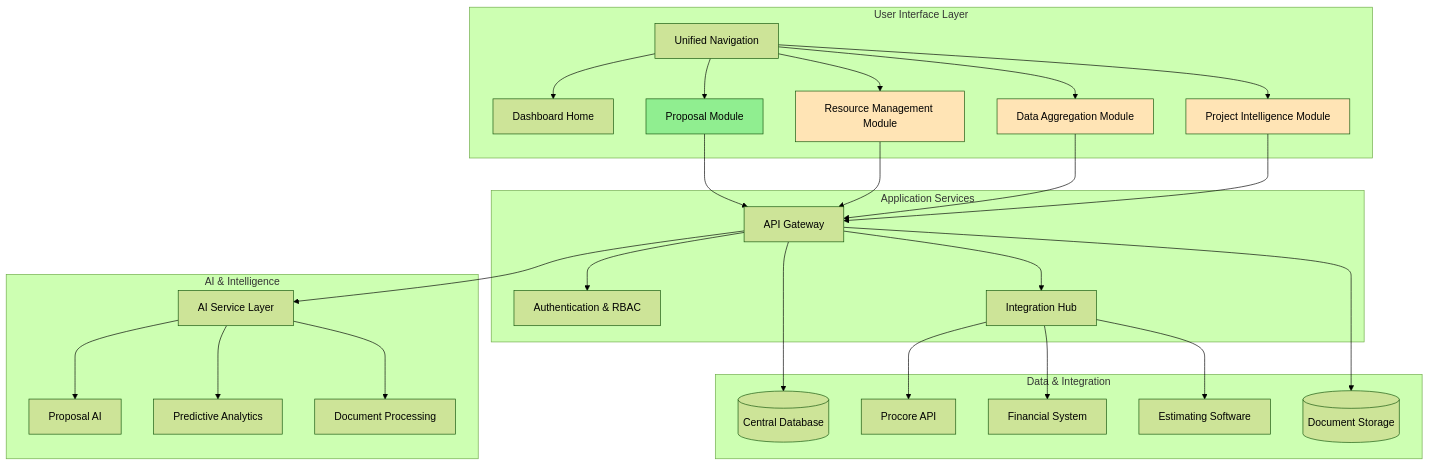
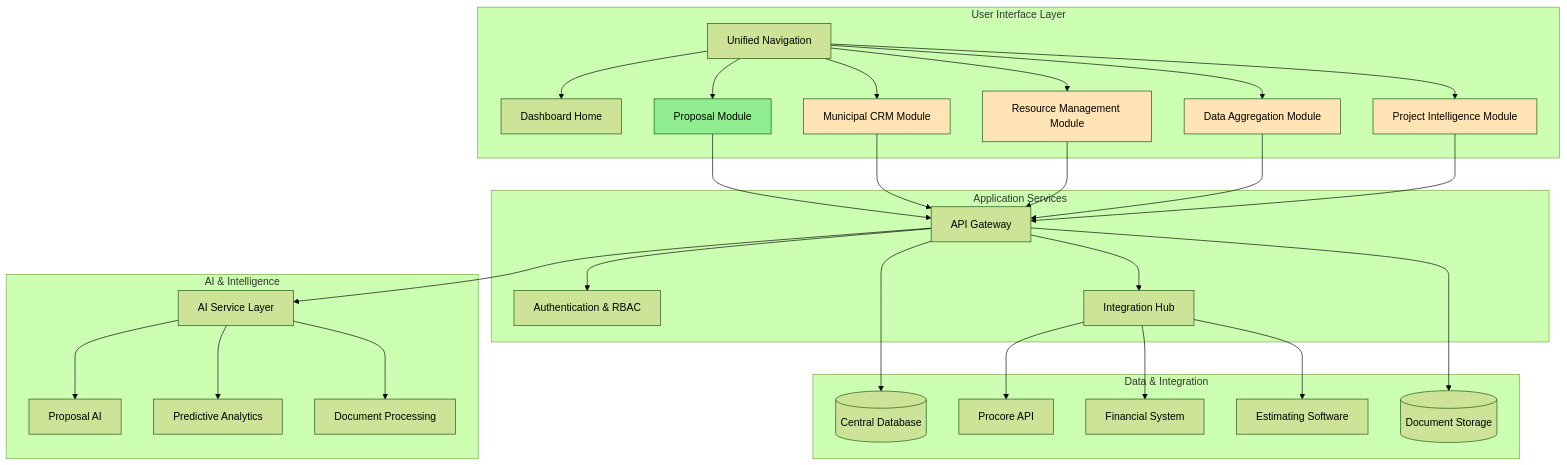
One commit to elikiedrowski/ECI_Site_Construction changed the second of 25 diagrams in POC-Implementation-Plan.md. Above: the diagram before and after it, drawn with Mermaid (forest theme). The commit also changed other lines of this file, not shown here.

Commit message:
Add Municipal CRM module to platform vision per Ted's email requirement

````diff
--- a/POC-Implementation-Plan.md
+++ b/POC-Implementation-Plan.md
@@ -125,66 +143,70 @@
 ```mermaid
 graph TB
     subgraph "User Interface Layer"
         Nav[Unified Navigation]
         Dashboard[Dashboard Home]
         Proposals[Proposal Module]
+        CRM[Municipal CRM Module]
         Resources[Resource Management Module]
         DataAgg[Data Aggregation Module]
         Analytics[Project Intelligence Module]
     end
     
     subgraph "Application Services"
         API[API Gateway]
         Auth[Authentication & RBAC]
         Integration[Integration Hub]
     end
     
     subgraph "AI & Intelligence"
         AIEngine[AI Service Layer]
         ProposalAI[Proposal AI]
         PredictiveAI[Predictive Analytics]
         NLP[Document Processing]
     end
     
     subgraph "Data & Integration"
         MainDB[(Central Database)]
         Procore[Procore API]
         Financial[Financial System]
         Estimating[Estimating Software]
         DocStore[(Document Storage)]
     end
     
     Nav --> Dashboard
     Nav --> Proposals
+    Nav --> CRM
     Nav --> Resources
     Nav --> DataAgg
     Nav --> Analytics
     
     Proposals --> API
+    CRM --> API
     Resources --> API
     DataAgg --> API
     Analytics --> API
     
     API --> Auth
     API --> Integration
     API --> AIEngine
     
     AIEngine --> ProposalAI
     AIEngine --> PredictiveAI
     AIEngine --> NLP
     
     Integration --> Procore
     Integration --> Financial
     Integration --> Estimating
     
     API --> MainDB
     API --> DocStore
     
     style Proposals fill:#90EE90
+    style CRM fill:#FFE4B5
     style Resources fill:#FFE4B5
     style DataAgg fill:#FFE4B5
     style Analytics fill:#FFE4B5
     
     classDef phase1 fill:#90EE90
     classDef future fill:#FFE4B5
 ```
````
